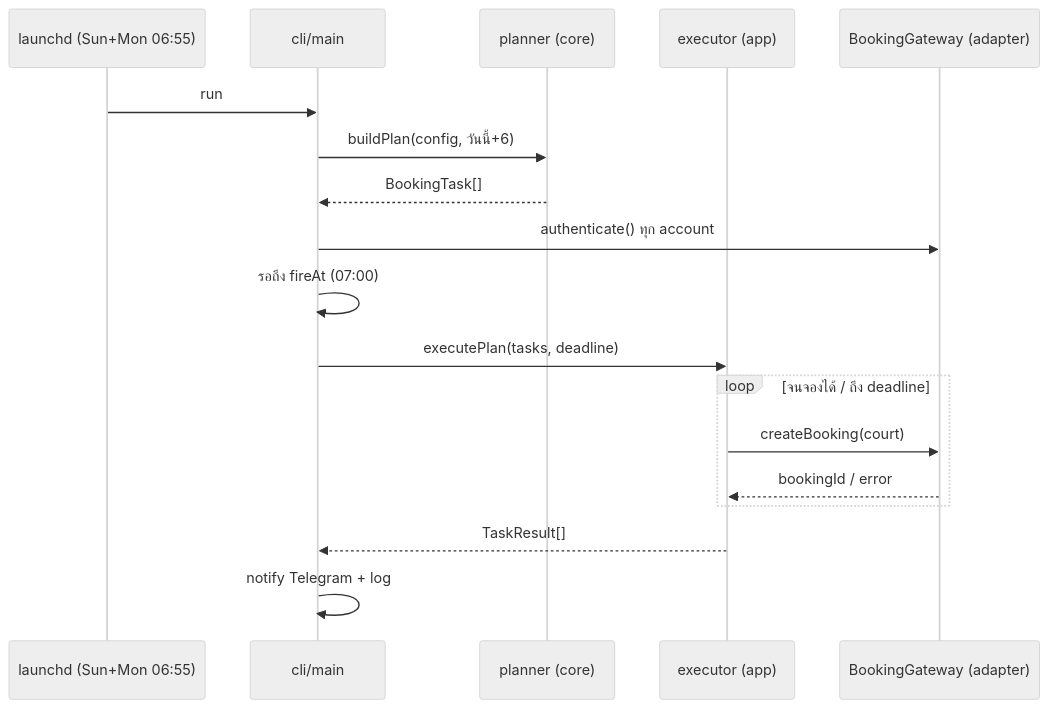
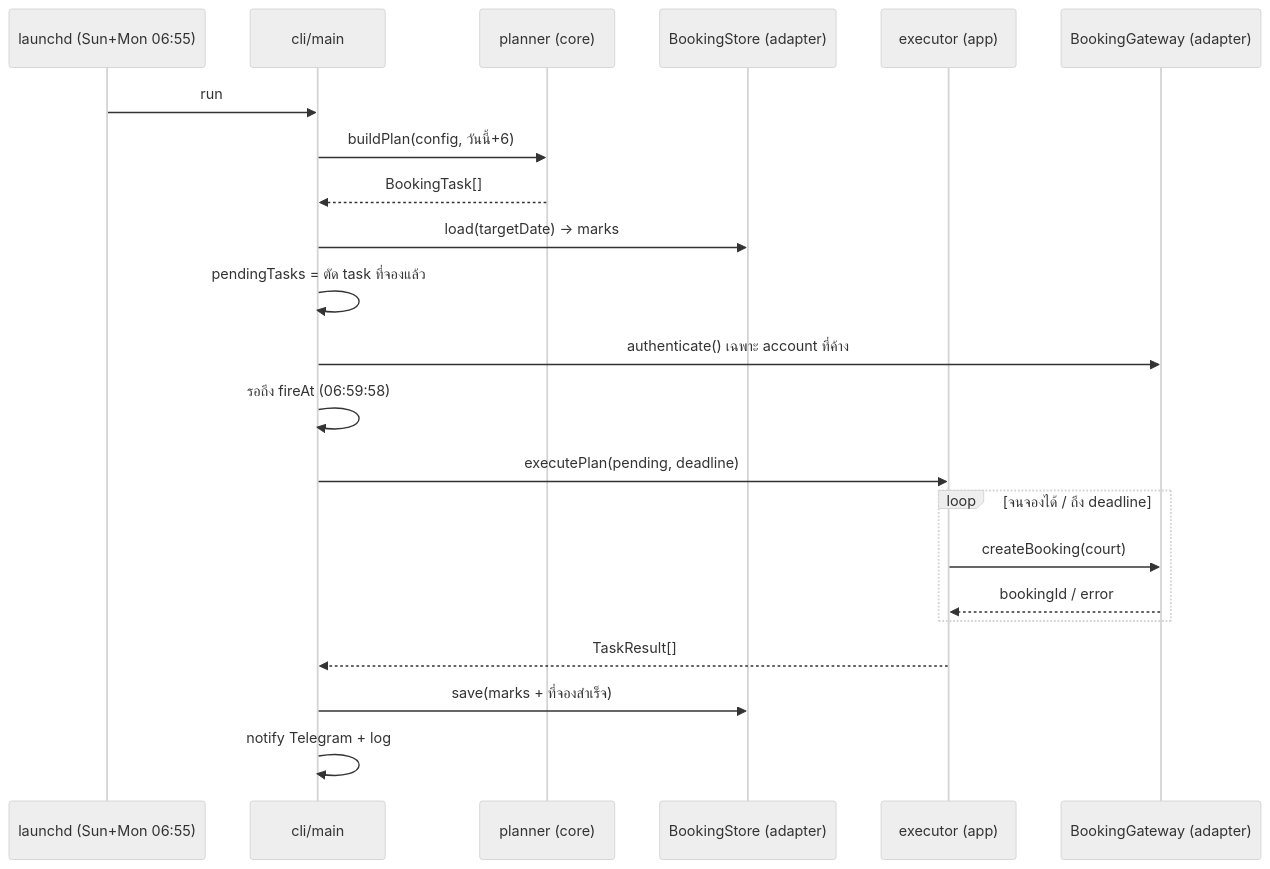
One commit to onepiecepuracr-satod07/botbookyoucourt changed the second of 2 diagrams in README.md. Above: the diagram before and after it, drawn with Mermaid (neutral theme). The commit also changed other lines of this file and 2 other files, not shown here.

````diff
--- a/README.md
+++ b/README.md
@@ -87,20 +86,24 @@
 ```mermaid
 sequenceDiagram
   participant L as launchd (Sun+Mon 06:55)
   participant C as cli/main
   participant P as planner (core)
+  participant S as BookingStore (adapter)
   participant E as executor (app)
   participant G as BookingGateway (adapter)
   L->>C: run
   C->>P: buildPlan(config, วันนี้+6)
   P-->>C: BookingTask[]
-  C->>G: authenticate() ทุก account
-  C->>C: รอถึง fireAt (07:00)
-  C->>E: executePlan(tasks, deadline)
+  C->>S: load(targetDate) → marks
+  C->>C: pendingTasks = ตัด task ที่จองแล้ว
+  C->>G: authenticate() เฉพาะ account ที่ค้าง
+  C->>C: รอถึง fireAt (06:59:58)
+  C->>E: executePlan(pending, deadline)
   loop จนจองได้ / ถึง deadline
     E->>G: createBooking(court)
     G-->>E: bookingId / error
   end
   E-->>C: TaskResult[]
+  C->>S: save(marks + ที่จองสำเร็จ)
   C->>C: notify Telegram + log
 ```
````
